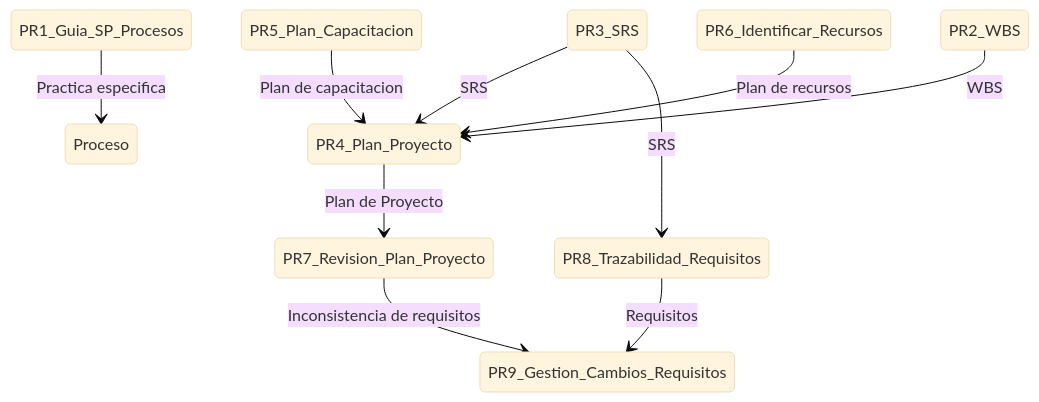
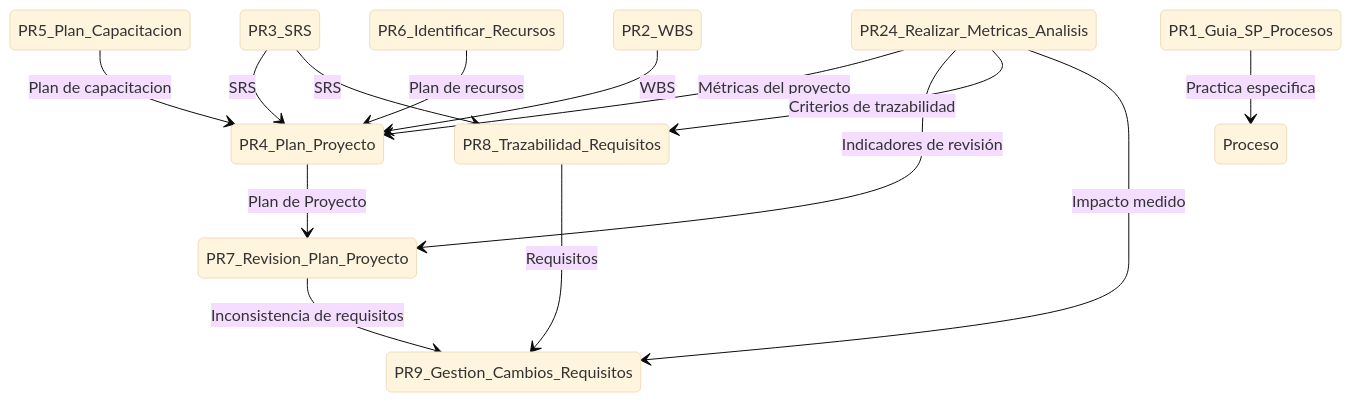
One commit to CodeAnd-Co/Documentacion changed the diagram in documentation/docs/intro/mapa-procesos.md. Above: the diagram before and after it, drawn with Mermaid (base theme).

Commit message:
Añadir Proceso de MA al Mapa de Procesos

````diff
--- a/documentation/docs/intro/mapa-procesos.md
+++ b/documentation/docs/intro/mapa-procesos.md
@@ -21,57 +21,64 @@
 ```mermaid
 
     stateDiagram
         %% PR1 Guía de prácticas específicas del CMMI y generación de procesos
         PR1_Guia_SP_Procesos
         %% PR2 Estimación de alcance, esfuerzo y coste del proyecto (WBS)
         PR2_WBS
         %% PR3 Proceso de Definición de MVP
         PR3_SRS
         %% PR4 Guía de hacer un plan de proyecto
         PR4_Plan_Proyecto
 
         %% PR5 Planes de Capacitación
         PR5_Plan_Capacitacion
         %% PR6 Proceso para identificar recursos
         PR6_Identificar_Recursos
 
         %% PR7 Revisión de Planes de Proyecto
         PR7_Revision_Plan_Proyecto
 
         %% PR8 Comprensión y trazabilidad de requisitos
         PR8_Trazabilidad_Requisitos
         %% PR9 Gestión de cambios de requisitos
         PR9_Gestion_Cambios_Requisitos
 
         %% PR10 Pruebas Unitarias
         %% PR10_Pruebas_Unitarias
         %% PR11 Cambio y migración de arquitectura
         %% PR11_Migracion_Arquitectura
 
 
 
         %% PR12 Justificación de Faltas
         %% PR12_Justificacion_Faltas
         %% PR13 Recuperar Asistencia
         %% PR13_Recuperar_Asistencia
         %% PR14 Resolución de conflictos
         %% PR14_Resolucion_Conflictos
         %% PR15 Juntas Grupales
         %% PR15_Juntas_Grupales
 
+        %% PR24 Proceso para llevar a cabo métricas y análisis
+        PR24_Realizar_Metricas_Analisis
+
         Proceso
 
         PR1_Guia_SP_Procesos --> Proceso: Practica especifica
 
         PR4_Plan_Proyecto --> PR7_Revision_Plan_Proyecto: Plan de Proyecto
         PR5_Plan_Capacitacion --> PR4_Plan_Proyecto: Plan de capacitacion
         PR6_Identificar_Recursos --> PR4_Plan_Proyecto: Plan de recursos
         PR2_WBS --> PR4_Plan_Proyecto: WBS
         PR3_SRS --> PR4_Plan_Proyecto: SRS
         PR3_SRS --> PR8_Trazabilidad_Requisitos: SRS
         PR8_Trazabilidad_Requisitos --> PR9_Gestion_Cambios_Requisitos: Requisitos
         PR7_Revision_Plan_Proyecto --> PR9_Gestion_Cambios_Requisitos: Inconsistencia de requisitos
 
+        PR24_Realizar_Metricas_Analisis --> PR4_Plan_Proyecto: Métricas del proyecto
+        PR24_Realizar_Metricas_Analisis --> PR7_Revision_Plan_Proyecto: Indicadores de revisión
+        PR24_Realizar_Metricas_Analisis --> PR8_Trazabilidad_Requisitos: Criterios de trazabilidad
+        PR24_Realizar_Metricas_Analisis --> PR9_Gestion_Cambios_Requisitos: Impacto medido
 
 
 ```
````
